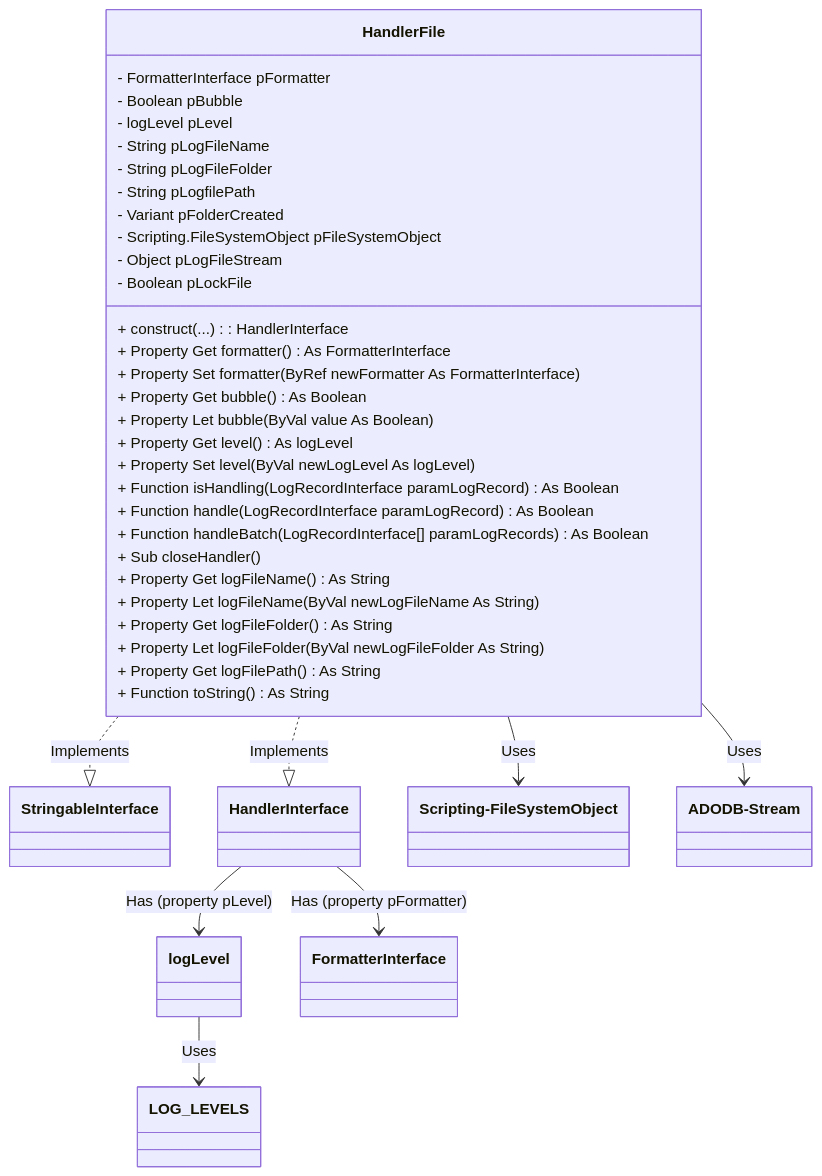
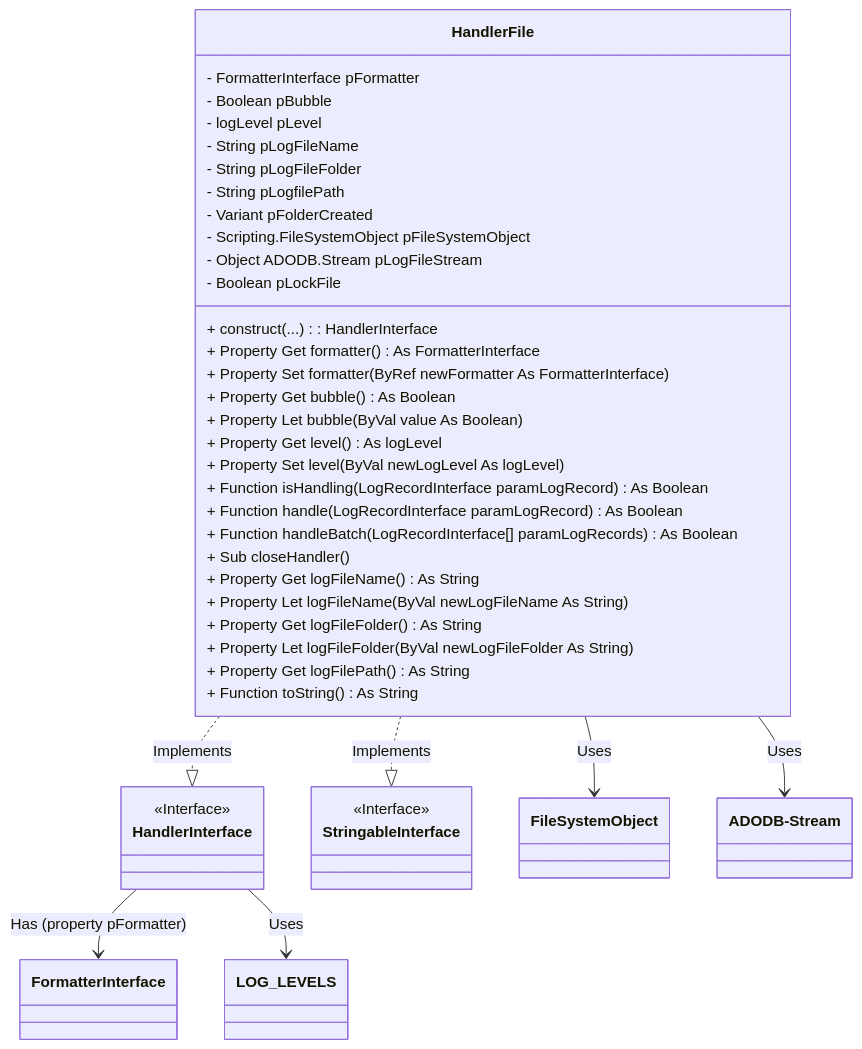
The third of 4 diagrams in docs/src/under-the-hood/handler.md (6i-software/vba-monologger), drawn with Mermaid before and after one commit. The commit also changed other lines of this file and 20 other files, not shown here.

````diff
--- a/docs/src/under-the-hood/handler.md
+++ b/docs/src/under-the-hood/handler.md
@@ -237,44 +232,51 @@
 ```mermaid
 classDiagram
     direction TB
     
     class HandlerFile {
         - FormatterInterface pFormatter
         - Boolean pBubble
         - logLevel pLevel
         - String pLogFileName
         - String pLogFileFolder
         - String pLogfilePath
         - Variant pFolderCreated
         - Scripting.FileSystemObject pFileSystemObject
-        - Object pLogFileStream
+        - Object ADODB.Stream pLogFileStream
         - Boolean pLockFile
         
         + construct(...): HandlerInterface
         + Property Get formatter() As FormatterInterface
         + Property Set formatter(ByRef newFormatter As FormatterInterface)
         + Property Get bubble() As Boolean
         + Property Let bubble(ByVal value As Boolean)
         + Property Get level() As logLevel
         + Property Set level(ByVal newLogLevel As logLevel)
         + Function isHandling(LogRecordInterface paramLogRecord) As Boolean
         + Function handle(LogRecordInterface paramLogRecord) As Boolean
         + Function handleBatch(LogRecordInterface[] paramLogRecords) As Boolean
         + Sub closeHandler()
         + Property Get logFileName() As String
         + Property Let logFileName(ByVal newLogFileName As String)
         + Property Get logFileFolder() As String
         + Property Let logFileFolder(ByVal newLogFileFolder As String)
         + Property Get logFilePath() As String
         + Function toString() As String
     }
 
-%% Implementations and relationships
-  HandlerFile ..|> StringableInterface : Implements
-  HandlerFile ..|> HandlerInterface : Implements
-    HandlerInterface --> logLevel : Has (property pLevel)
+    class HandlerInterface {
+        <<Interface>>
+    }
+
+    class StringableInterface {
+        <<Interface>>
+    }
+
+    %% Implementations and relationships
+    HandlerFile ..|> StringableInterface : Implements
+    HandlerFile ..|> HandlerInterface: Implements
     HandlerInterface --> FormatterInterface : Has (property pFormatter)
-    logLevel --> LOG_LEVELS : Uses
-    HandlerFile --> Scripting-FileSystemObject : Uses
+    HandlerInterface --> LOG_LEVELS : Uses
+    HandlerFile --> FileSystemObject : Uses
     HandlerFile --> ADODB-Stream : Uses
 ```
````
